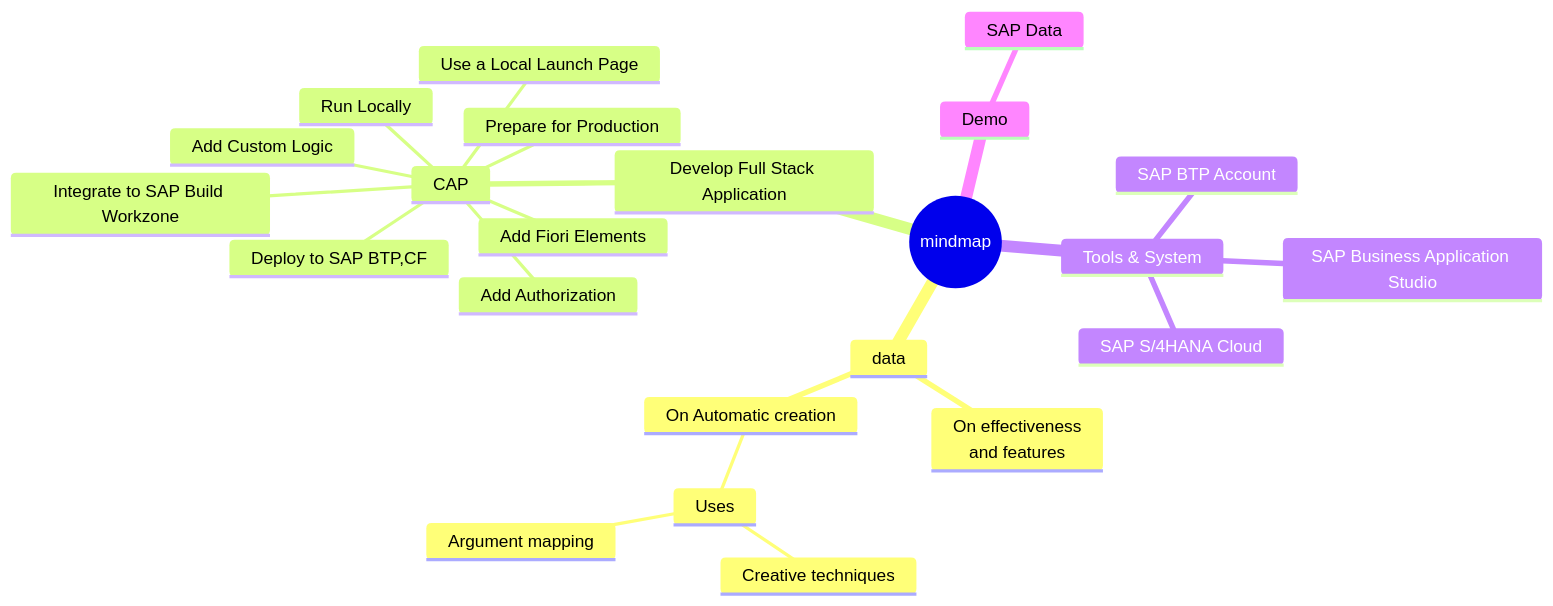
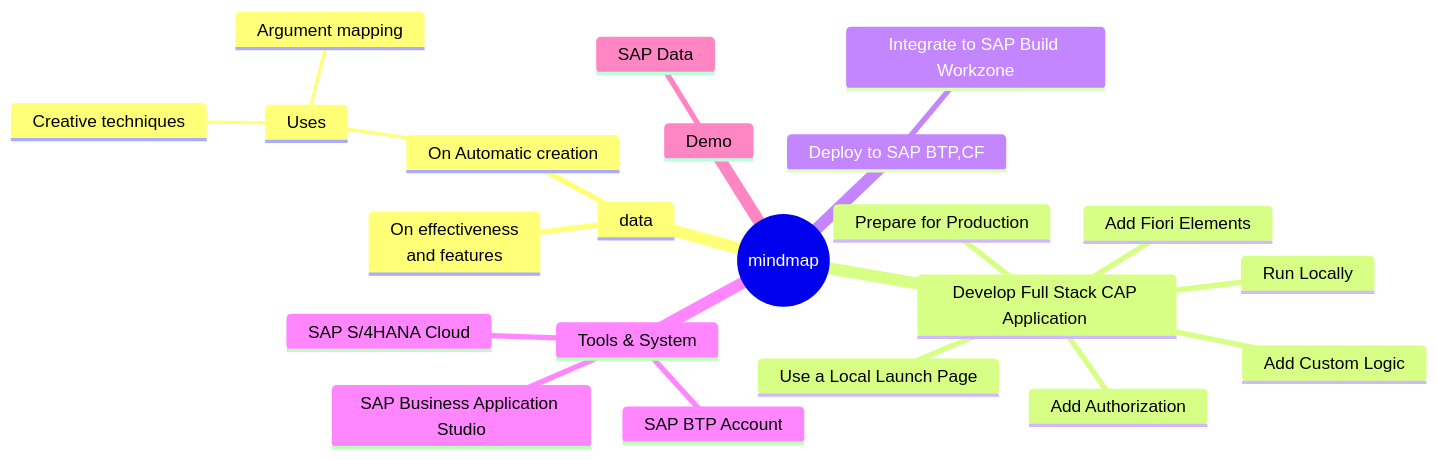
Before and after one commit to ejazsyed/validation-issue: the first of 4 diagrams in README.md, drawn with Mermaid.

````diff
--- a/README.md
+++ b/README.md
@@ -7,27 +7,26 @@
 ```mermaid
    mindmap
   root((mindmap))
     data
       On effectiveness<br/>and features
       On Automatic creation
         Uses
             Creative techniques
             Argument mapping
-    Develop Full Stack Application
-      CAP
-        Add Custom Logic
-        Add Fiori Elements
-        Use a Local Launch Page
-        Add Authorization
-        Run Locally
-        Prepare for Production
-        Deploy to SAP BTP,CF
-        Integrate to SAP Build Workzone
+    Develop Full Stack CAP Application 
+      Add Custom Logic
+      Add Fiori Elements
+      Use a Local Launch Page
+      Add Authorization
+      Run Locally
+      Prepare for Production
+    Deploy to SAP BTP,CF
+      Integrate to SAP Build Workzone
     Tools & System
       SAP BTP Account
       SAP Business Application Studio
       SAP S/4HANA Cloud
     Demo
       SAP Data
 
 ```
````
